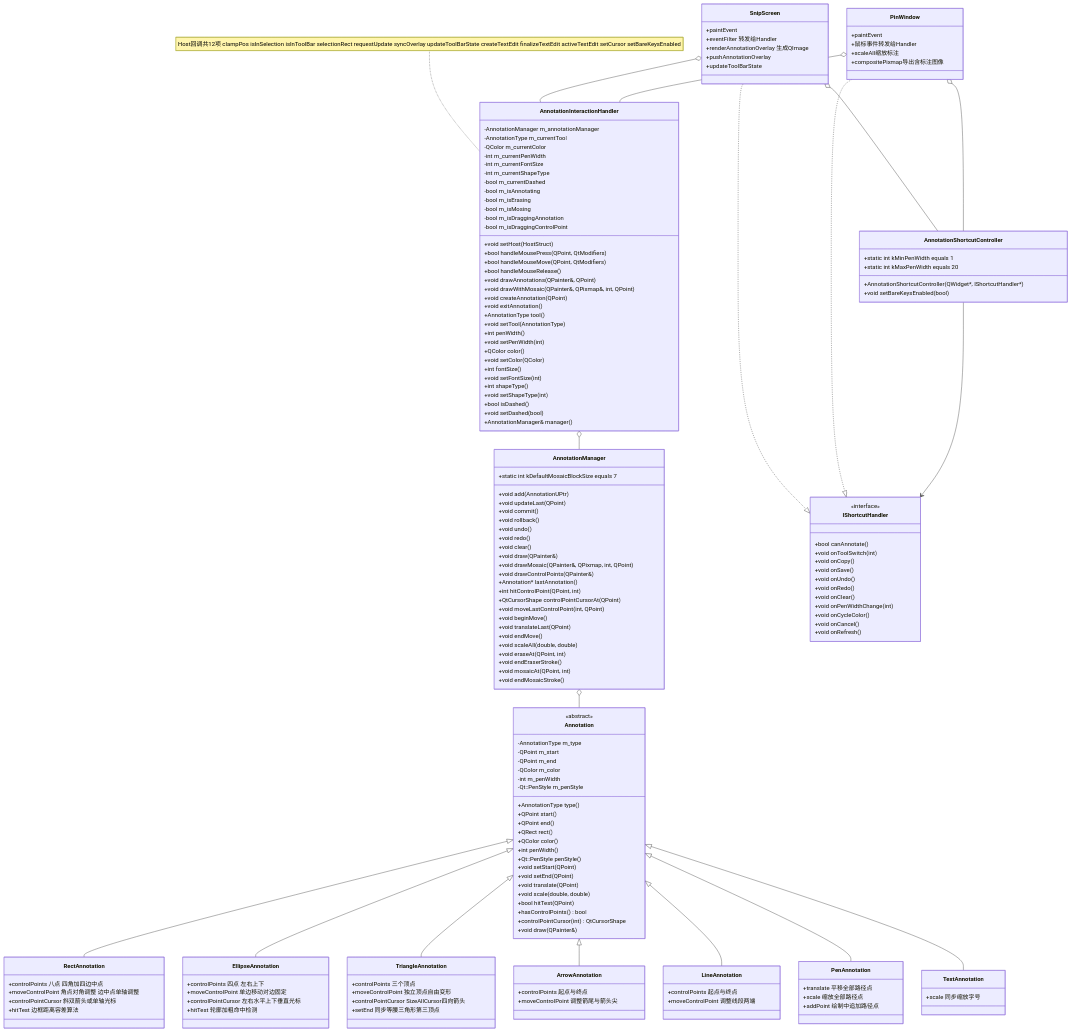
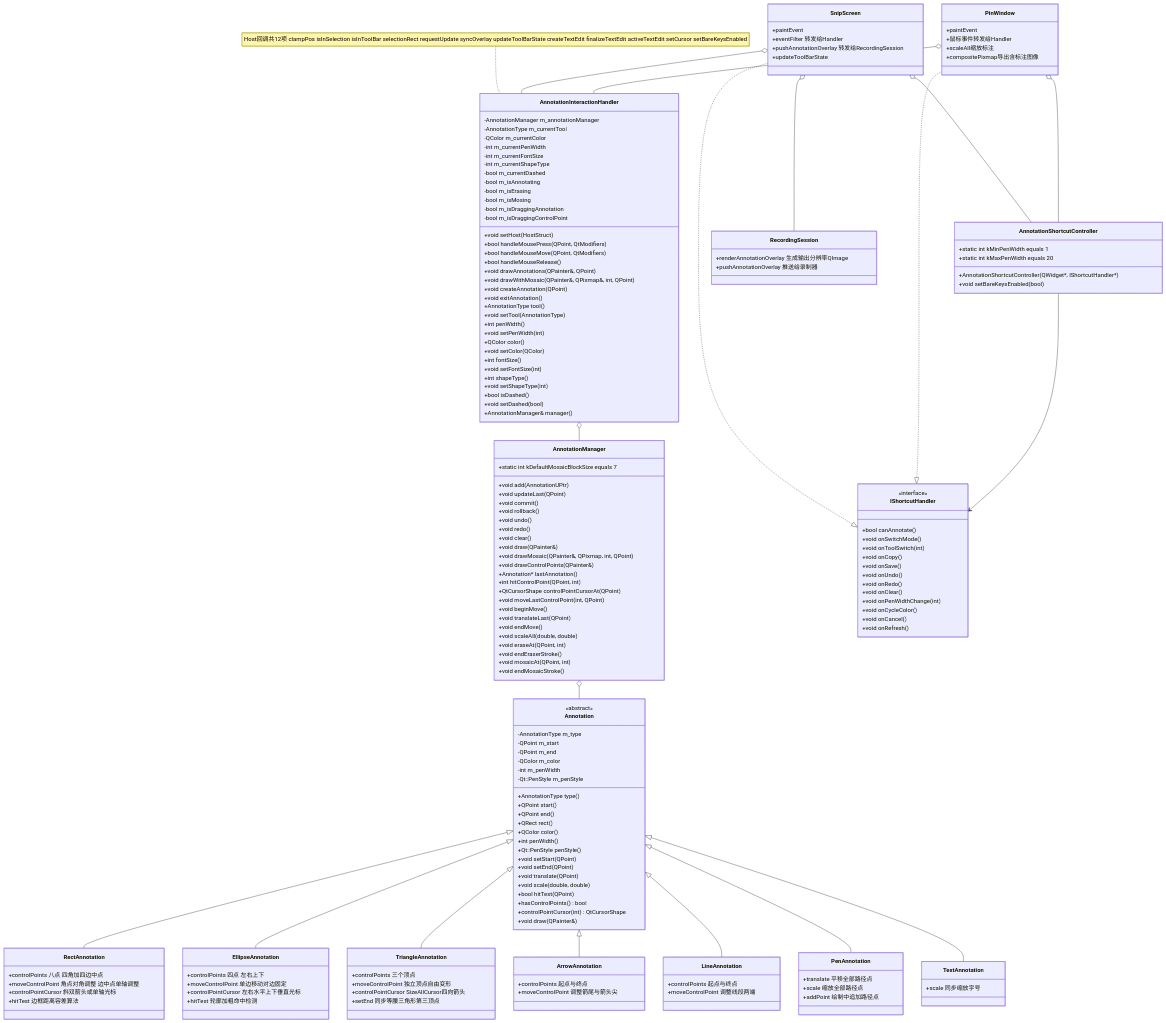
One commit to ChiangyangNPU/quick-shot changed the second of 12 diagrams in docs/annotation.md. Above: the diagram before and after it, drawn with Mermaid. The commit also changed other lines of this file and 3 other files, not shown here.

````diff
--- a/docs/annotation.md
+++ b/docs/annotation.md
@@ -231,6 +237,7 @@
     class IShortcutHandler {
         <<interface>>
         +bool canAnnotate()
+        +void onSwitchMode()
         +void onToolSwitch(int)
         +void onCopy()
         +void onSave()
@@ -246,9 +253,13 @@
     class SnipScreen {
         +paintEvent
         +eventFilter 转发给Handler
-        +renderAnnotationOverlay 生成QImage
-        +pushAnnotationOverlay
+        +pushAnnotationOverlay 转发给RecordingSession
         +updateToolBarState
+    }
+
+    class RecordingSession {
+        +renderAnnotationOverlay 生成输出分辨率QImage
+        +pushAnnotationOverlay 推送给录制器
     }
 
     class PinWindow {
@@ -274,4 +285,5 @@
     PinWindow  o-- AnnotationInteractionHandler
     SnipScreen o-- AnnotationShortcutController
     PinWindow  o-- AnnotationShortcutController
+    SnipScreen o-- RecordingSession
 ```
````
